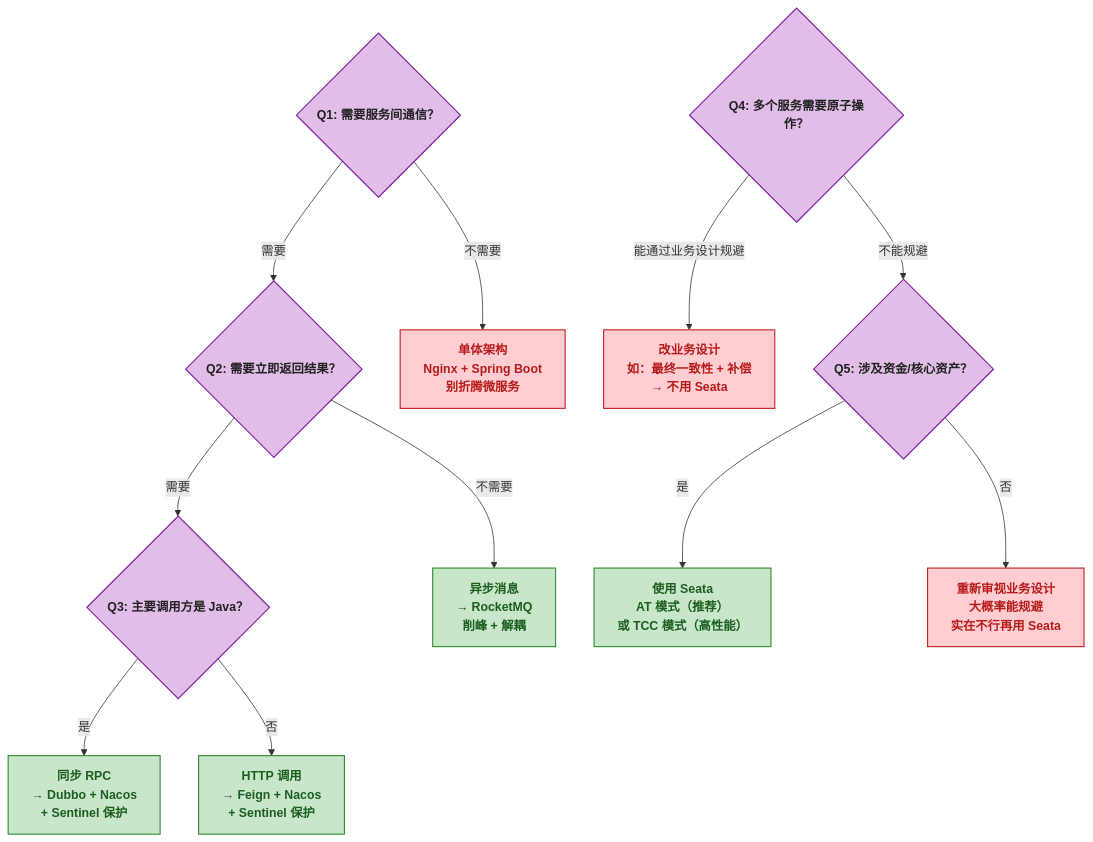
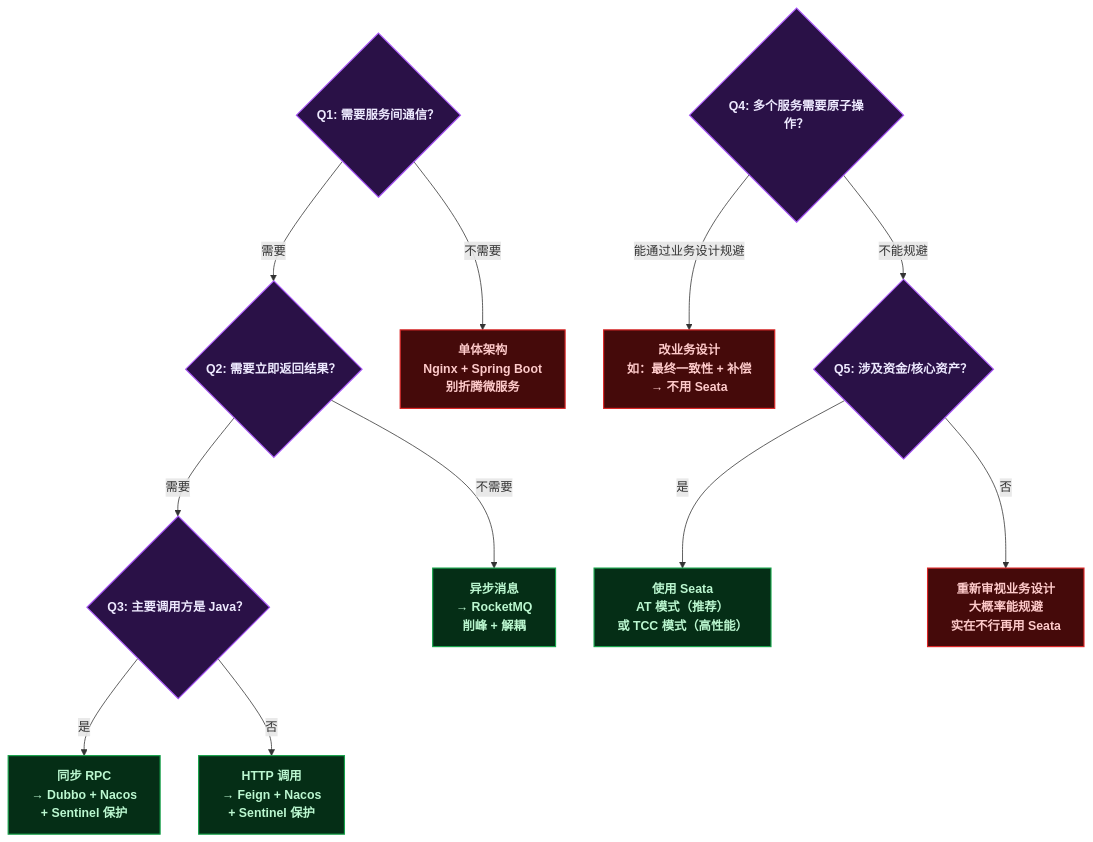
One commit to yaocat55/yaocat55.github.io changed the third of 3 diagrams in content/posts/springcloud/SpringCloudAlibabaMicroservice.md. Above: the diagram before and after it, drawn with Mermaid. The commit also changed other lines of this file and 155 other files, not shown here.

````diff
--- a/content/posts/springcloud/SpringCloudAlibabaMicroservice.md
+++ b/content/posts/springcloud/SpringCloudAlibabaMicroservice.md
@@ -431,27 +431,27 @@
 ```mermaid
 flowchart TD
-    classDef startEnd fill:#F48FB1,stroke:#C2185B,stroke-width:2px,color:#212121,font-weight:bold;
-    classDef condition fill:#E1BEE7,stroke:#7B1FA2,stroke-width:1.5px,color:#212121,font-weight:bold;
-    classDef solution fill:#C8E6C9,stroke:#388E3C,stroke-width:1.5px,color:#1B5E20,font-weight:bold;
-    classDef avoid fill:#FFCDD2,stroke:#C62828,stroke-width:1.5px,color:#B71C1C,font-weight:bold;
+classDef startEnd fill:#701a4c,stroke:#e11d48,stroke-width:2px,color:#fce7f3,font-weight:bold;
+classDef condition fill:#2a1147,stroke:#a855f7,stroke-width:1.5px,color:#ede9fe,font-weight:bold;
+classDef solution fill:#052e16,stroke:#16a34a,stroke-width:1.5px,color:#bbf7d0,font-weight:bold;
+classDef avoid fill:#450a0a,stroke:#dc2626,stroke-width:1.5px,color:#fecaca,font-weight:bold;
 
     Q1{"Q1: 需要服务间通信？"}
     Q1 -- 需要 --> Q2{"Q2: 需要立即返回结果？"}
     Q1 -- 不需要 --> MONO[单体架构\nNginx + Spring Boot\n别折腾微服务]
 
     Q2 -- 需要 --> Q3{"Q3: 主要调用方是 Java？"}
     Q2 -- 不需要 --> MQ_CHOICE["异步消息\n→ RocketMQ\n削峰 + 解耦"]
 
     Q3 -- 是 --> DUBBO["同步 RPC\n→ Dubbo + Nacos\n+ Sentinel 保护"]
     Q3 -- 否 --> FEIGN["HTTP 调用\n→ Feign + Nacos\n+ Sentinel 保护"]
 
     Q4{"Q4: 多个服务需要原子操作？"}
     Q4 -- 能通过业务设计规避 --> BIZ_DESIGN["改业务设计\n如：最终一致性 + 补偿\n→ 不用 Seata"]
     Q4 -- 不能规避 --> Q5{"Q5: 涉及资金/核心资产？"}
     Q5 -- 是 --> SEATA_YES["使用 Seata\nAT 模式（推荐）\n或 TCC 模式（高性能）"]
     Q5 -- 否 --> RETHINK["重新审视业务设计\n大概率能规避\n实在不行再用 Seata"]
 
     class Q1,Q2,Q3,Q4,Q5 condition;
     class DUBBO,FEIGN,MQ_CHOICE,SEATA_YES solution;
     class MONO,BIZ_DESIGN,RETHINK avoid;
 ```
````
